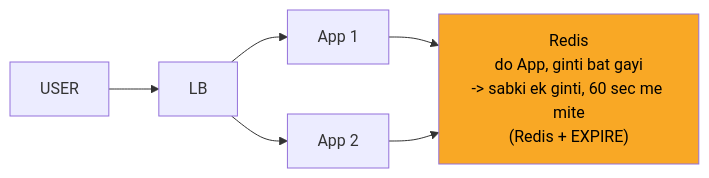
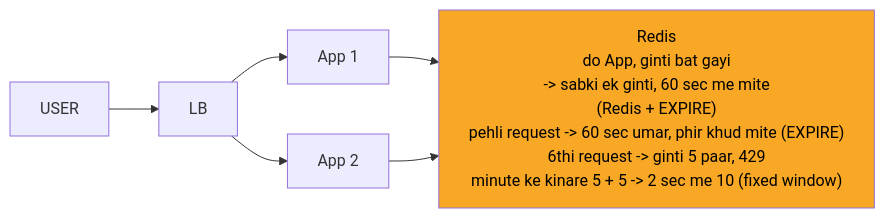
The second of 11 diagrams in 04_HLD/SYSTEM_DESIGNS/02_rate_limiter/02_rate_limiter.md (ArpanMaheshwari144/Prep), drawn with Mermaid before and after one commit. The commit also changed other lines of this file and 12 other files, not shown here.

Commit message:
hld 02-14: peele dabbe me SAFAR ke mod + diagram chauda (wrappingWidth 450)

````diff
--- a/04_HLD/SYSTEM_DESIGNS/02_rate_limiter/02_rate_limiter.md
+++ b/04_HLD/SYSTEM_DESIGNS/02_rate_limiter/02_rate_limiter.md
@@ -114,14 +115,15 @@
 ```mermaid
+%%{init: {"flowchart": {"wrappingWidth": 450}}}%%
 flowchart LR
     n_USER["USER"]
     n_LB["LB"]
     n_App_x_N_1["App 1"]
     n_App_x_N_2["App 2"]
-    n_Redis["Redis<br/>do App, ginti bat gayi<br/>-> sabki ek ginti, 60 sec me mite<br/>(Redis + EXPIRE)"]
+    n_Redis["Redis<br/>do App, ginti bat gayi<br/>-> sabki ek ginti, 60 sec me mite<br/>(Redis + EXPIRE)<br/>pehli request -> 60 sec umar, phir khud mite (EXPIRE)<br/>6thi request -> ginti 5 paar, 429<br/>minute ke kinare 5 + 5 -> 2 sec me 10 (fixed window)"]
     n_USER --> n_LB
     n_LB --> n_App_x_N_1
     n_LB --> n_App_x_N_2
     n_App_x_N_1 --> n_Redis
     n_App_x_N_2 --> n_Redis
     style n_Redis fill:#f9a825,color:#000
 ```
````
